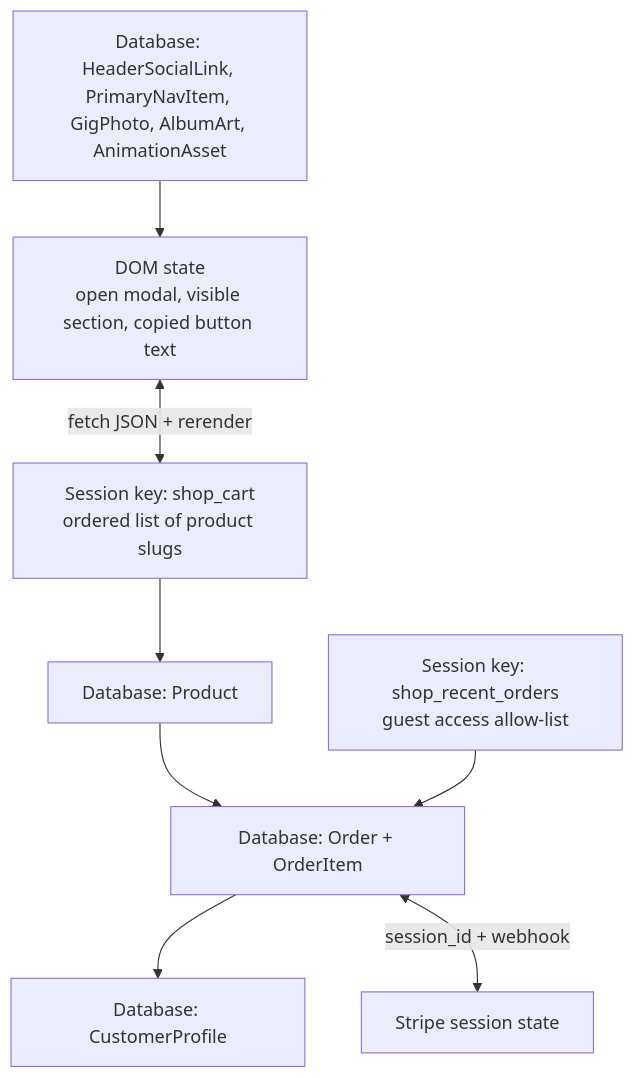
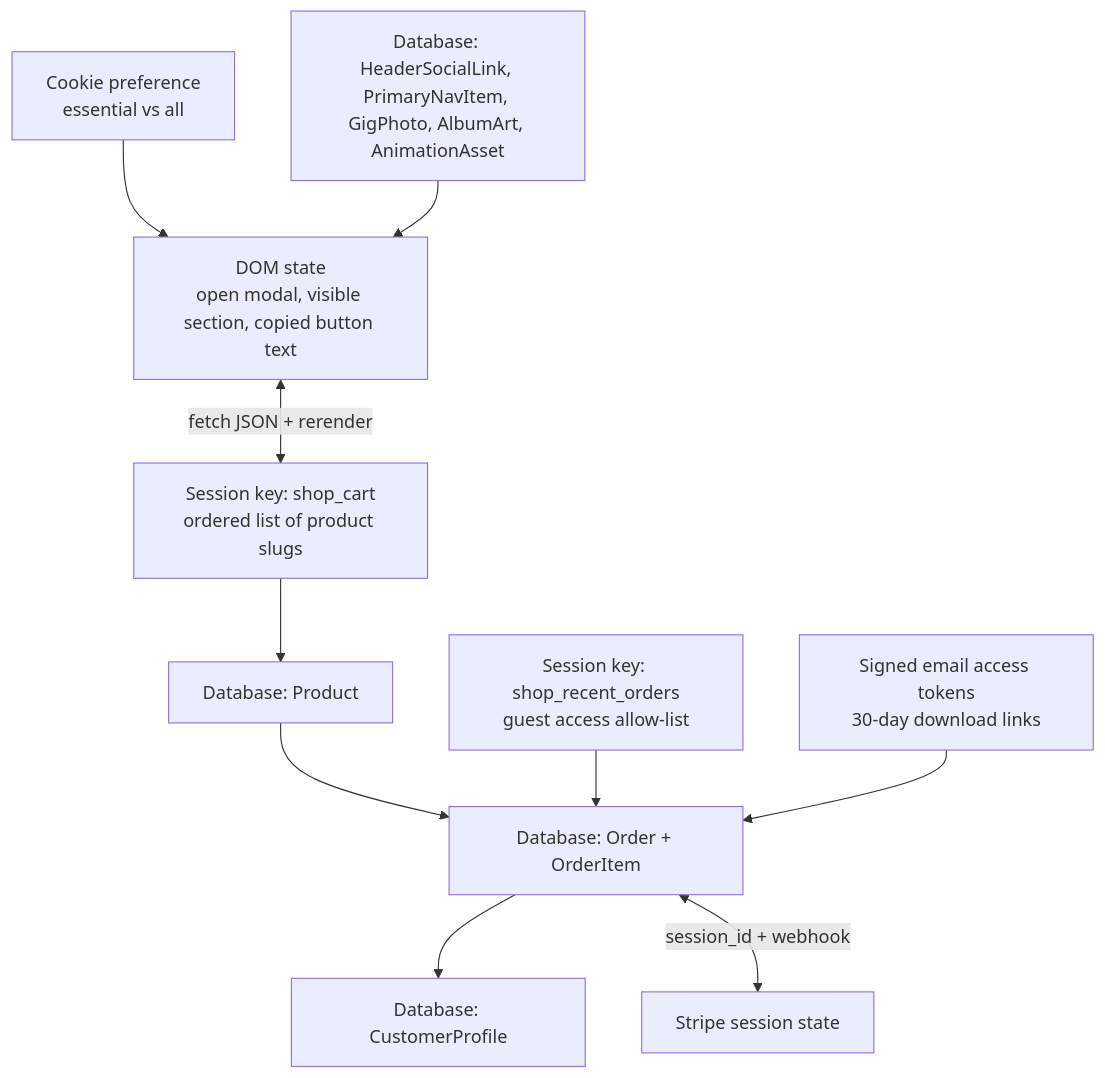
The second of 5 diagrams in docs/shop-flow.md (johnhubertjj/JosephlovesJohn_website), drawn with Mermaid before and after one commit. The commit also changed other lines of this file and 1 other file, not shown here.

````diff
--- a/docs/shop-flow.md
+++ b/docs/shop-flow.md
@@ -39,19 +43,23 @@
 ```mermaid
 flowchart TD
     DOM["DOM state<br>open modal, visible section, copied button text"]
+    CookieState["Cookie preference<br>essential vs all"]
     CartSession["Session key: shop_cart<br>ordered list of product slugs"]
     RecentOrders["Session key: shop_recent_orders<br>guest access allow-list"]
     ProductTable["Database: Product"]
     OrderTables["Database: Order + OrderItem"]
     ProfileTable["Database: CustomerProfile"]
     ContentTables["Database: HeaderSocialLink, PrimaryNavItem, GigPhoto, AlbumArt, AnimationAsset"]
     Stripe["Stripe session state"]
+    EmailTokens["Signed email access tokens<br>30-day download links"]
 
     DOM <-->|fetch JSON + rerender| CartSession
+    CookieState --> DOM
     CartSession --> ProductTable
     ProductTable --> OrderTables
     OrderTables --> ProfileTable
     OrderTables <-->|session_id + webhook| Stripe
     RecentOrders --> OrderTables
+    EmailTokens --> OrderTables
     ContentTables --> DOM
 ```
````
